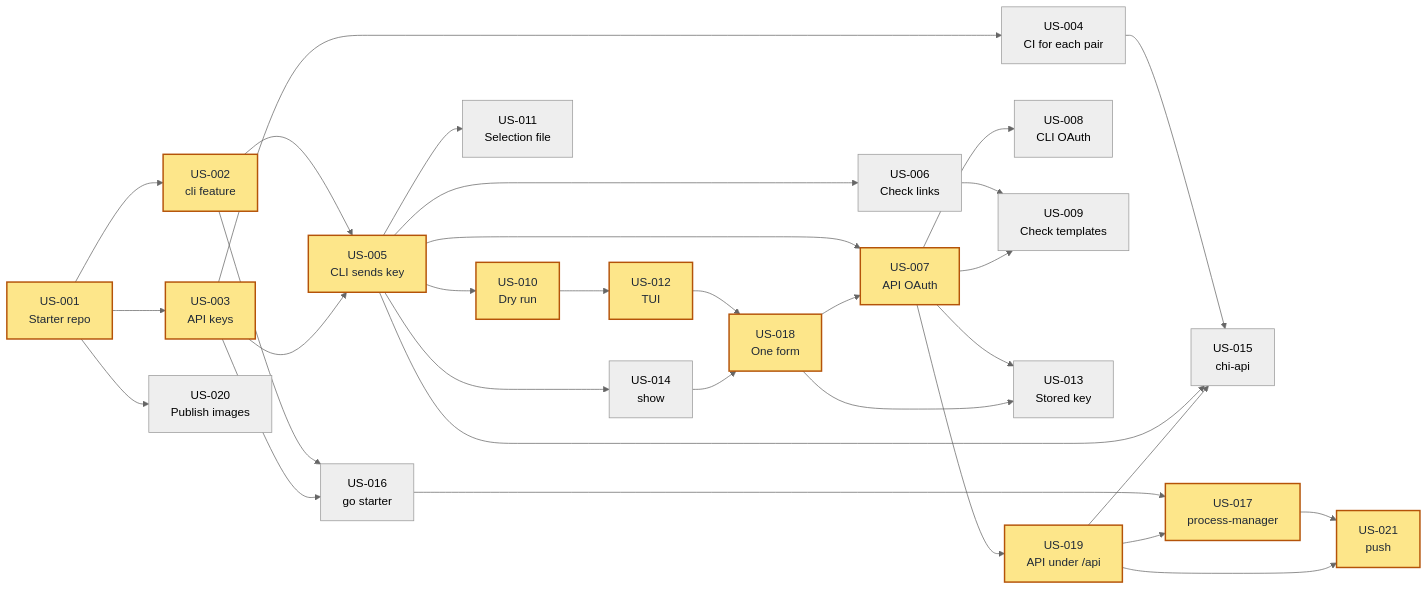
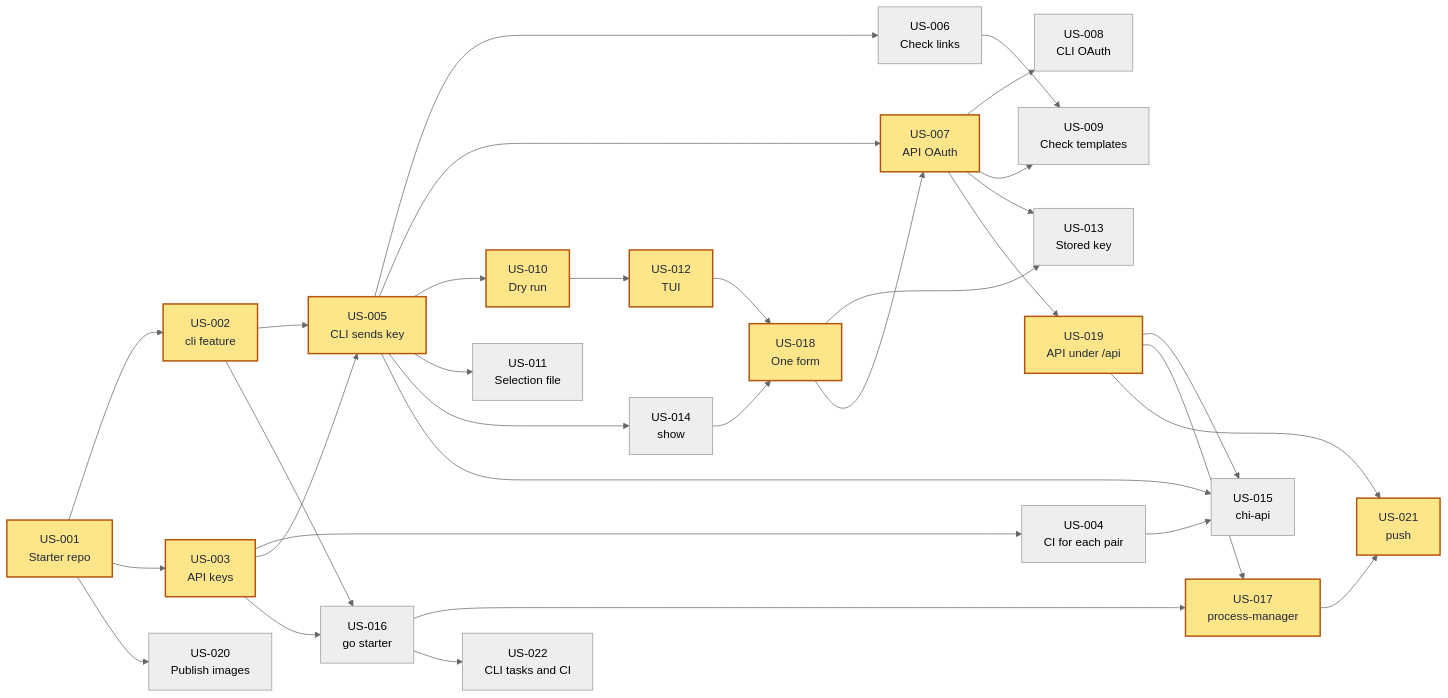
The diagram in user-stories/feature-compose.md (hpcsc/feature-compose), drawn with Mermaid (neutral theme) before and after one commit. The commit also changed other lines of this file, not shown here.

First line of the commit message:
Add US-022 to build and release the CLI

````diff
--- a/user-stories/feature-compose.md
+++ b/user-stories/feature-compose.md
@@ -32,58 +32,60 @@
 ```mermaid
 flowchart LR
     A["US-001<br/>Starter repo"]
     B["US-002<br/>cli feature"]
     C["US-003<br/>API keys"]
     D["US-004<br/>CI for each pair"]
     E["US-005<br/>CLI sends key"]
     F["US-006<br/>Check links"]
     G["US-007<br/>API OAuth"]
     H["US-008<br/>CLI OAuth"]
     I["US-009<br/>Check templates"]
     J["US-010<br/>Dry run"]
     K["US-011<br/>Selection file"]
     L["US-012<br/>TUI"]
     M["US-013<br/>Stored key"]
     N["US-014<br/>show"]
     O["US-015<br/>chi-api"]
     P["US-016<br/>go starter"]
     Q["US-017<br/>process-manager"]
     R["US-018<br/>One form"]
     S["US-019<br/>API under /api"]
     T["US-020<br/>Publish images"]
     U["US-021<br/>push"]
+    V["US-022<br/>CLI tasks and CI"]
 
     A --> B
     A --> C
     C --> D
     B --> E
     C --> E
     E --> F
     E --> G
     G --> H
     F --> I
     G --> I
     E --> J
     E --> K
     J --> L
     G --> M
     R --> M
     E --> N
     D --> O
     E --> O
     B --> P
     C --> P
     P --> Q
     L --> R
     N --> R
     R --> G
     G --> S
     A --> T
     S --> O
     S --> Q
     Q --> U
     S --> U
+    P --> V
 
     classDef critical fill:#fde68a,stroke:#b45309,stroke-width:2px,color:#1f2937
     class A,B,C,E,J,L,R,G,S,Q,U critical
 ```
````
